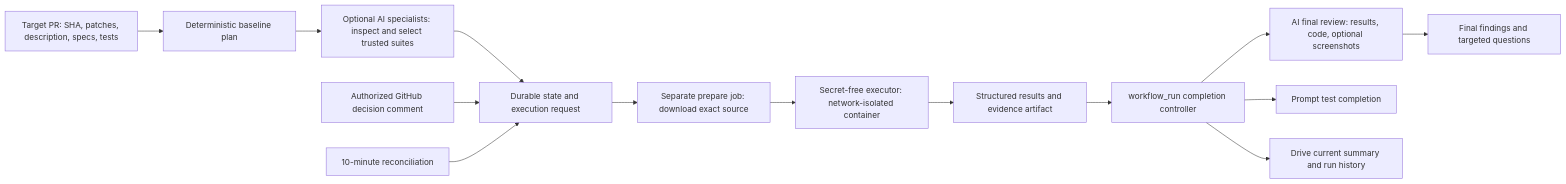
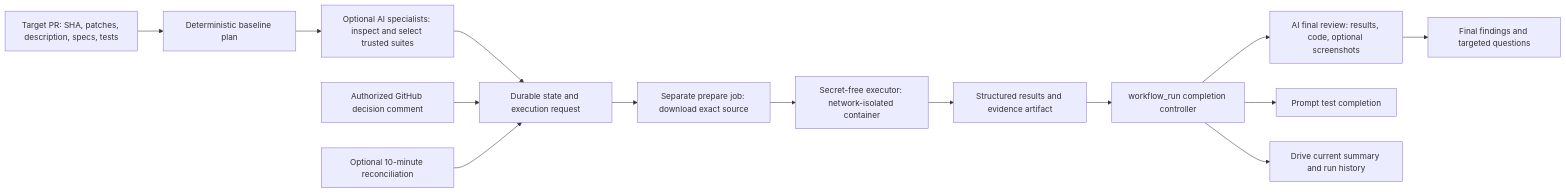
One commit to Vaidehi2510/QA-testbot changed the diagram in README.md. Above: the diagram before and after it, drawn with Mermaid. The commit also changed other lines of this file and 10 other files, not shown here.

````diff
--- a/README.md
+++ b/README.md
@@ -58,16 +83,16 @@
 ```mermaid
 flowchart LR
     PR[Target PR: SHA, patches, description, specs, tests] --> Plan[Deterministic baseline plan]
     Plan --> AI[Optional AI specialists: inspect and select trusted suites]
     AI --> State[Durable state and execution request]
     State --> Prepare[Separate prepare job: download exact source]
     Prepare --> Test[Secret-free executor: network-isolated container]
     Test --> Results[Structured results and evidence artifact]
     Results --> Complete[workflow_run completion controller]
     Complete --> Final[AI final review: results, code, optional screenshots]
     Complete --> Slack[Prompt test completion]
     Final --> SlackFinal[Final findings and targeted questions]
     Complete --> Drive[Drive current summary and run history]
     Decision[Authorized GitHub decision comment] --> State
-    Poll[10-minute reconciliation] --> State
+    Poll[Optional 10-minute reconciliation] --> State
 ```
````
